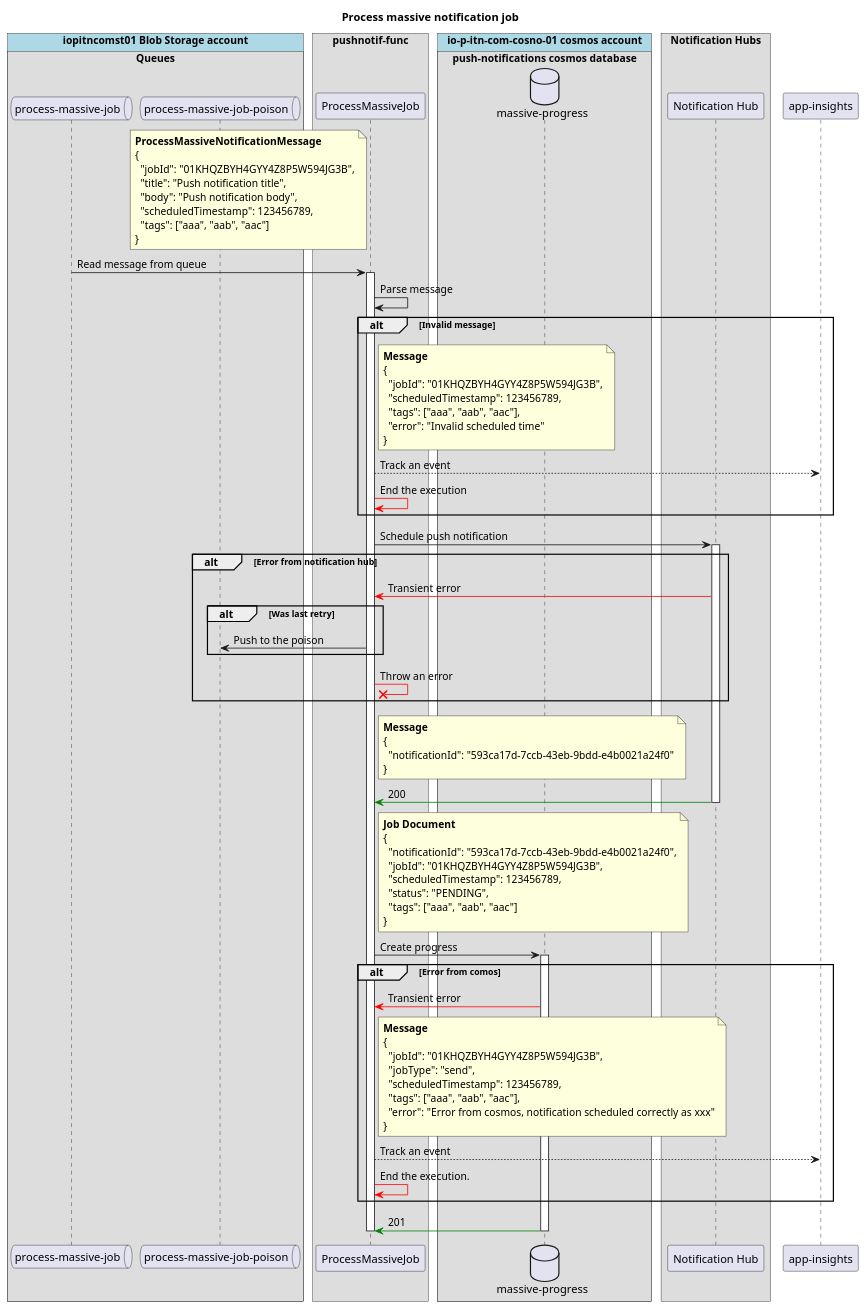
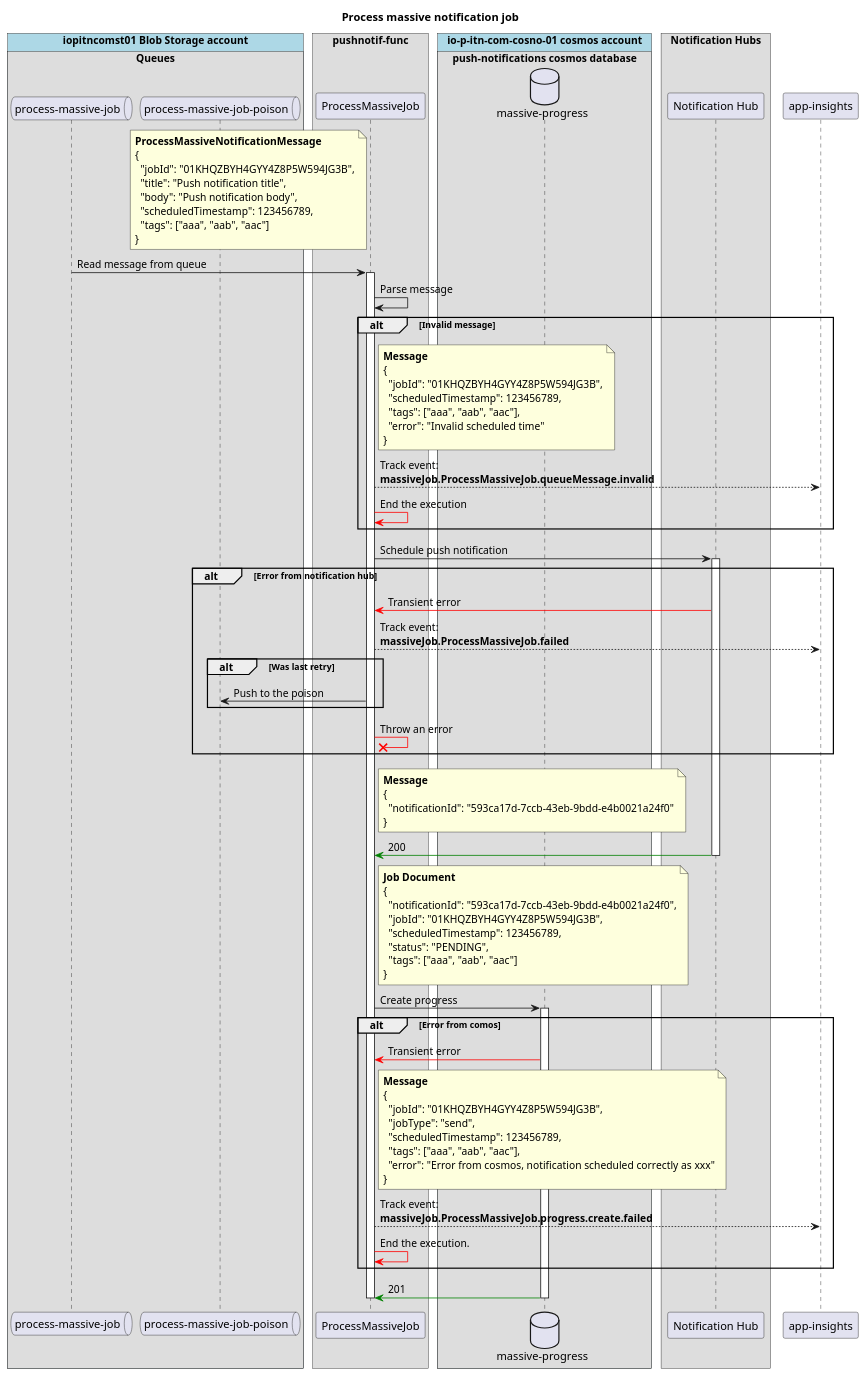
The diagram in apps/pushnotif-func/docs/puml/process-massive-job.puml (pagopa/io-messages), drawn with PlantUML before and after one commit. The commit also changed 15 other files, not shown here.

First line of the commit message:
Update massive job event traking

```diff
--- a/apps/pushnotif-func/docs/puml/process-massive-job.puml
+++ b/apps/pushnotif-func/docs/puml/process-massive-job.puml
@@ -1,117 +1,119 @@
 @startuml
 
 title "Process massive notification job"
 
 box "iopitncomst01 Blob Storage account" #LightBlue
   box "Queues"
     queue "process-massive-job" as smq
     queue "process-massive-job-poison" as smpq
   end box
 end box
 
 box "pushnotif-func"
   participant "ProcessMassiveJob" as fn
 end box
 
 !pragma teoz true
 box "io-p-itn-com-cosno-01 cosmos account" #LightBlue
   box "push-notifications cosmos database"
     database "massive-progress" as mnjp
   end box
 end box
 
 box "Notification Hubs"
   participant "Notification Hub" as nh1
 end box
 
 participant "app-insights" as ai
 
 note left of fn
   **ProcessMassiveNotificationMessage**
   {
     "jobId": "01KHQZBYH4GYY4Z8P5W594JG3B",
     "title": "Push notification title",
     "body": "Push notification body",
     "scheduledTimestamp": 123456789,
     "tags": ["aaa", "aab", "aac"]
   }
 end note
 smq -> fn : Read message from queue
 activate fn
 deactivate smq
 
 fn -> fn : Parse message
 
 alt Invalid message
   note right of fn
     **Message**
     {
       "jobId": "01KHQZBYH4GYY4Z8P5W594JG3B",
       "scheduledTimestamp": 123456789,
       "tags": ["aaa", "aab", "aac"],
       "error": "Invalid scheduled time"
     }
   end note
-  fn --> ai : Track an event
+  fn --> ai : Track event:\n**massiveJob.ProcessMassiveJob.queueMessage.invalid**
 
   fn -[#red]> fn : End the execution
 end
 
 fn -> nh1 : Schedule push notification
 activate nh1
 
 alt Error from notification hub
   nh1 -[#red]> fn : Transient error
+
+  fn --> ai : Track event:\n**massiveJob.ProcessMassiveJob.failed**
 
   alt Was last retry
     fn -> smpq : Push to the poison
   end
 
   fn -[#red]x fn : Throw an error
 end
 
 note right of fn
   **Message**
   {
     "notificationId": "593ca17d-7ccb-43eb-9bdd-e4b0021a24f0"
   }
 end note
 nh1 -[#green]> fn : 200
 deactivate nh1
 
 note right of fn
   **Job Document**
   {
     "notificationId": "593ca17d-7ccb-43eb-9bdd-e4b0021a24f0",
     "jobId": "01KHQZBYH4GYY4Z8P5W594JG3B",
     "scheduledTimestamp": 123456789,
     "status": "PENDING",
     "tags": ["aaa", "aab", "aac"]
   }
 end note
 fn -> mnjp : Create progress
 activate mnjp
 
 alt Error from comos
   mnjp -[#red]> fn : Transient error
   note right of fn
     **Message**
     {
       "jobId": "01KHQZBYH4GYY4Z8P5W594JG3B",
       "jobType": "send",
       "scheduledTimestamp": 123456789,
       "tags": ["aaa", "aab", "aac"],
       "error": "Error from cosmos, notification scheduled correctly as xxx"
     }
   end note
-  fn --> ai : Track an event
+  fn --> ai : Track event:\n**massiveJob.ProcessMassiveJob.progress.create.failed**
 
   fn -[#red]> fn : End the execution.
 end
 
 mnjp -[#green]> fn : 201
 deactivate mnjp
 
 deactivate fn
 
 @enduml
```
